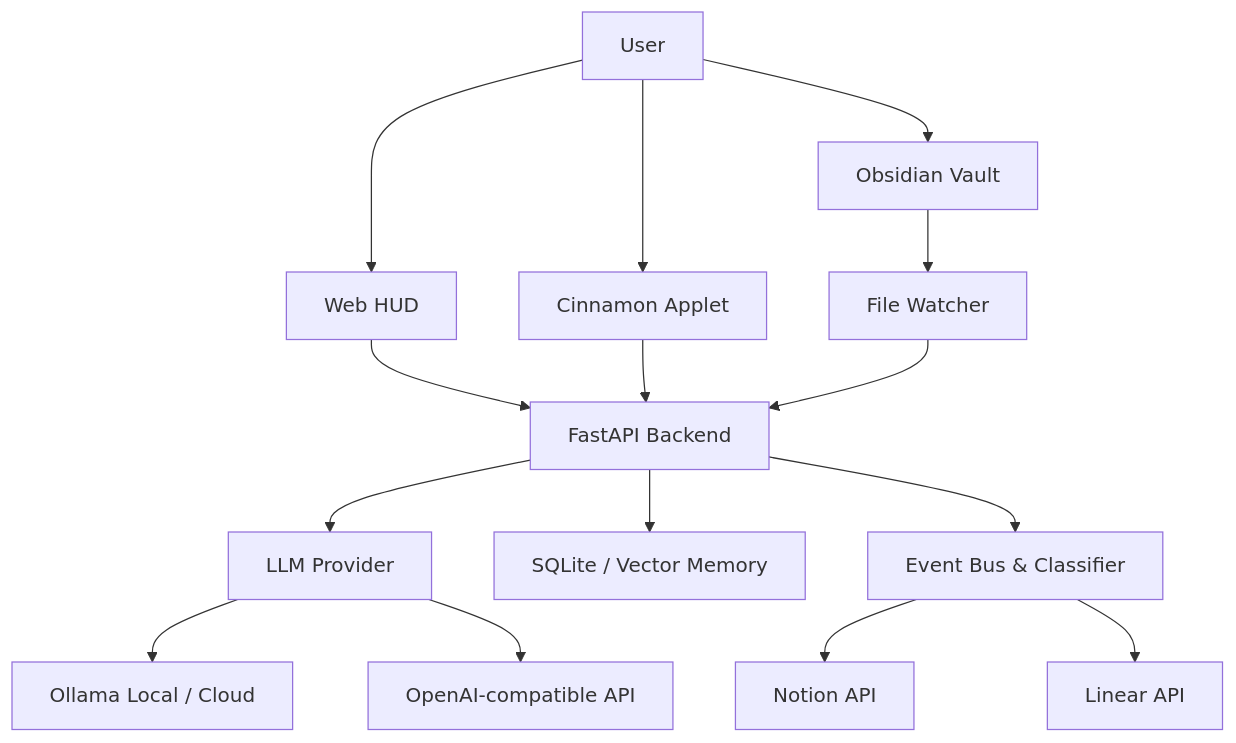
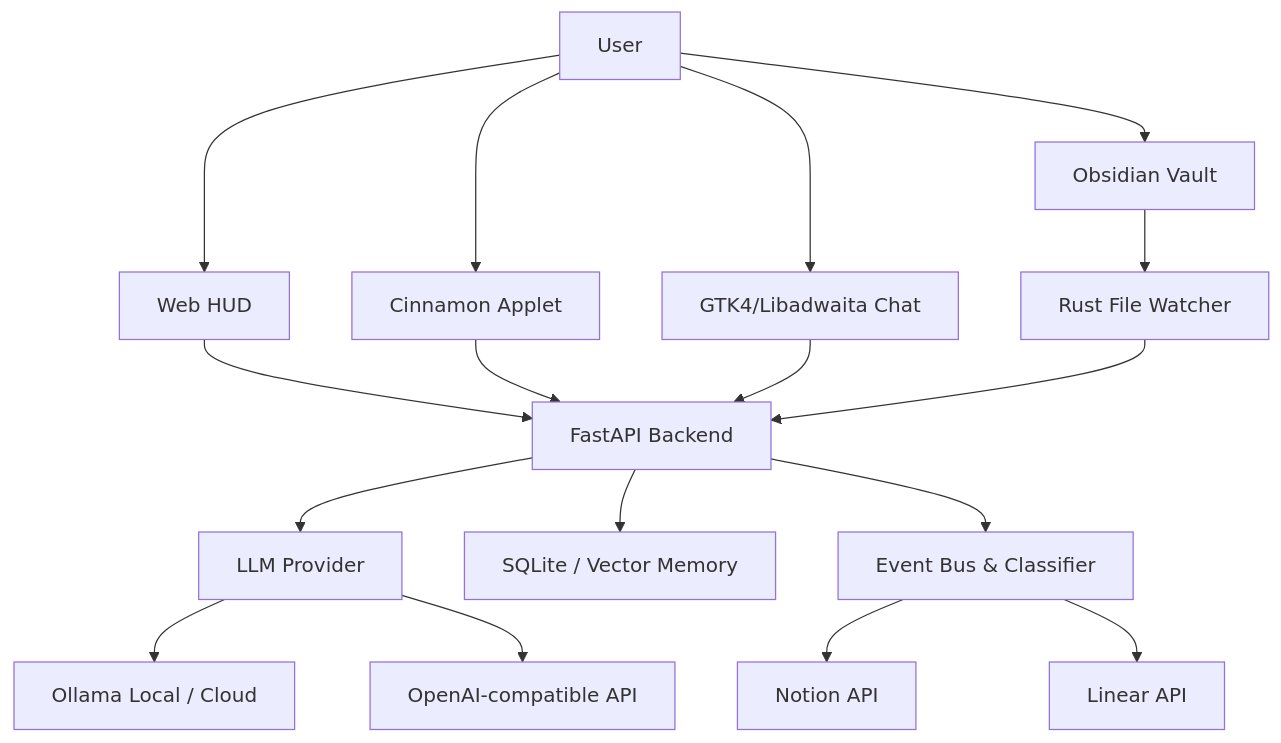
One commit to zeusinfra/NEXUS changed the diagram in README.md. Above: the diagram before and after it, drawn with Mermaid. The commit also changed other lines of this file and 1 other file, not shown here.

Commit message:
refactor: migrate desktop chat to GTK4 and Libadwaita for improved UI/UX and native styling

````diff
--- a/README.md
+++ b/README.md
@@ -21,21 +21,23 @@
 ```mermaid
 graph TD
     User[User] --> WebHUD[Web HUD]
     User --> Applet[Cinnamon Applet]
+    User --> GTKChat[GTK4/Libadwaita Chat]
     User --> Obsidian[Obsidian Vault]
 
     WebHUD --> API[FastAPI Backend]
     Applet --> API
-    Obsidian --> Watcher[File Watcher]
+    GTKChat --> API
+    Obsidian --> Watcher[Rust File Watcher]
 
     Watcher --> API
     API --> LLM[LLM Provider]
     API --> Memory[SQLite / Vector Memory]
     API --> EventBus[Event Bus & Classifier]
     
     EventBus --> Notion[Notion API]
     EventBus --> Linear[Linear API]
 
     LLM --> Ollama[Ollama Local / Cloud]
     LLM --> OpenAI[OpenAI-compatible API]
 ```
````
